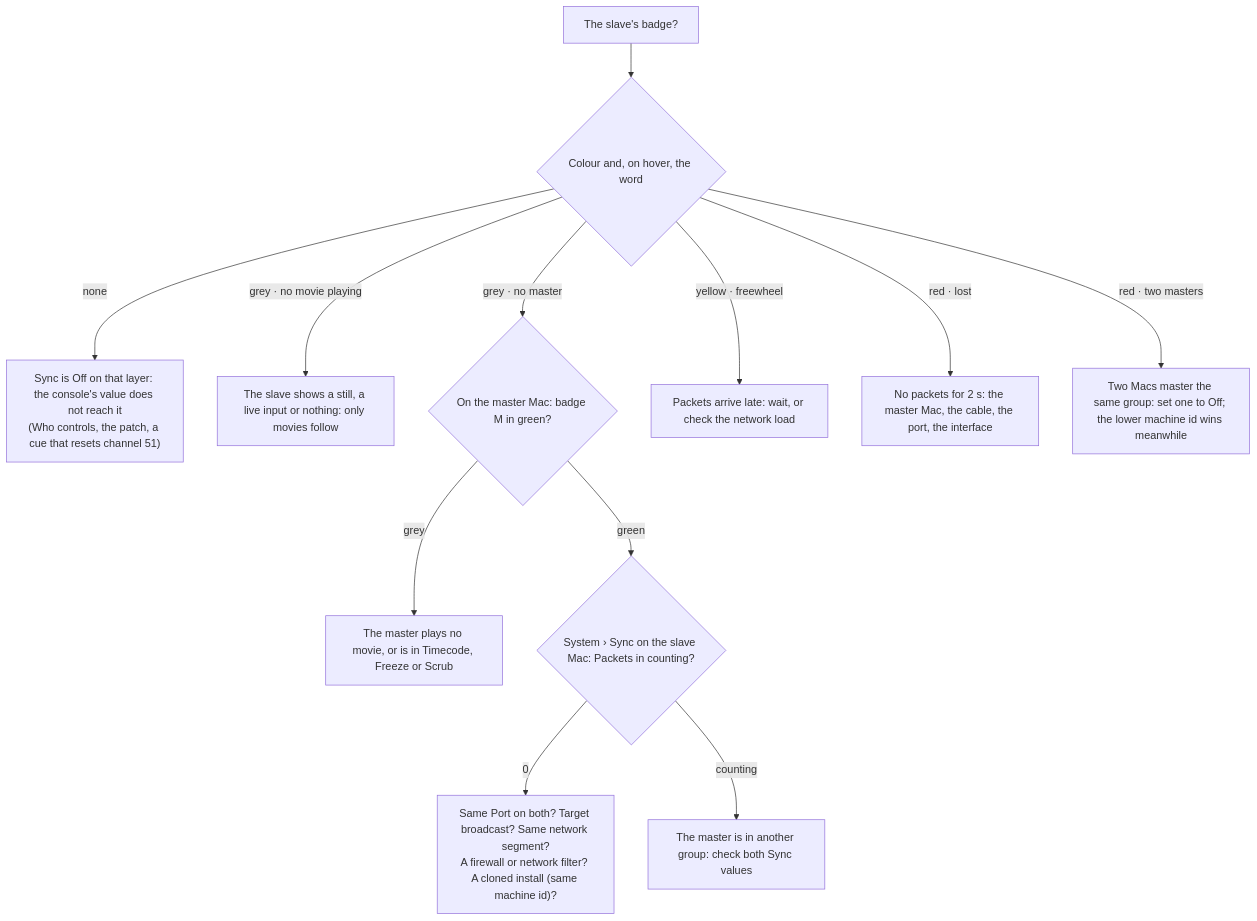
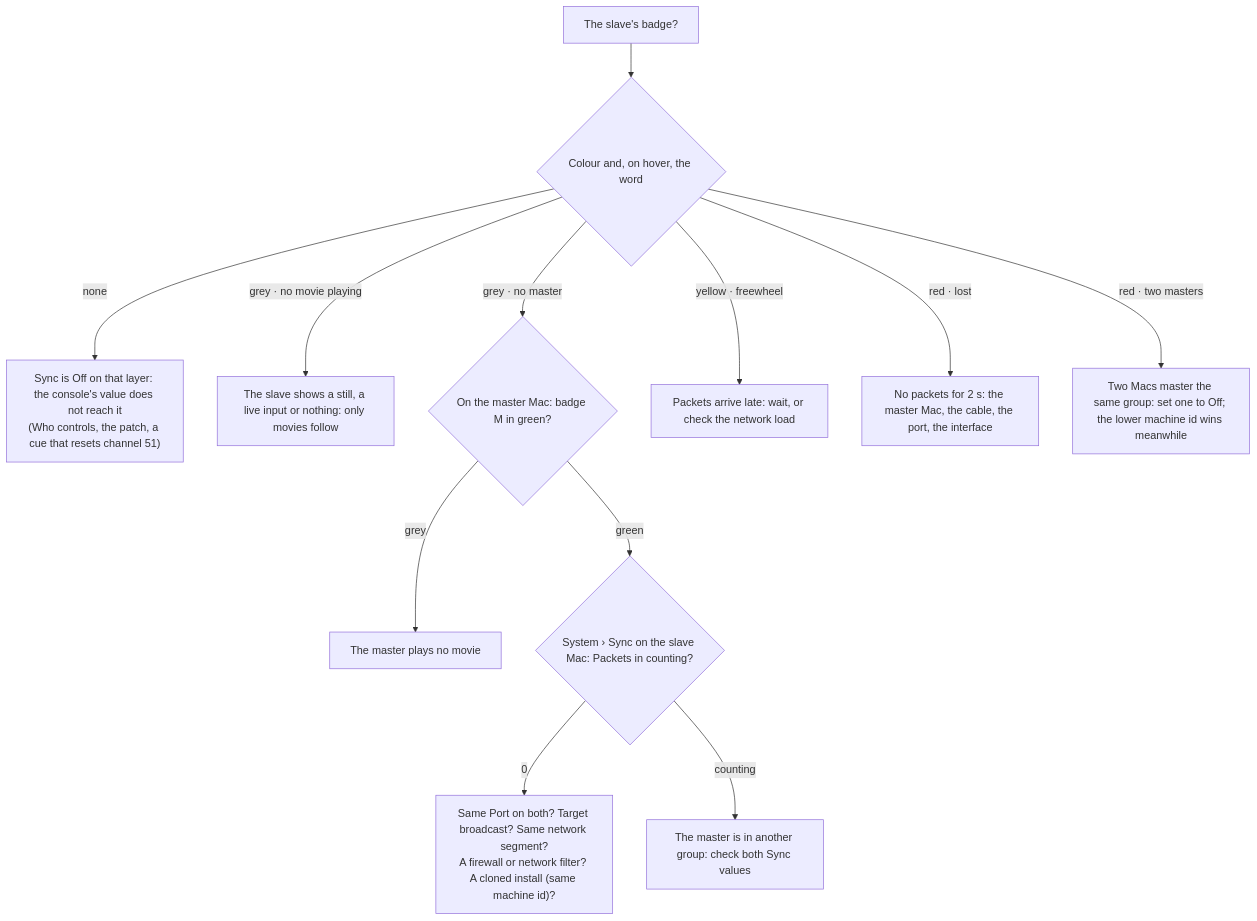
One commit to Timdebruijn/fanous changed the diagram in docs/user/multi-server.md. Above: the diagram before and after it, drawn with Mermaid. The commit also changed other lines of this file and 10 other files, not shown here.

````diff
--- a/docs/user/multi-server.md
+++ b/docs/user/multi-server.md
@@ -167,14 +168,14 @@
 ```mermaid
 flowchart TD
   start["The slave's badge?"] --> badge{"Colour and, on hover, the word"}
   badge -- "none" --> off["Sync is Off on that layer: the console's value does not reach it<br>(Who controls, the patch, a cue that resets channel 51)"]
   badge -- "grey · no movie playing" --> still["The slave shows a still, a live input or nothing: only movies follow"]
   badge -- "grey · no master" --> master{"On the master Mac: badge M in green?"}
-  master -- "grey" --> mstill["The master plays no movie, or is in Timecode, Freeze or Scrub"]
+  master -- "grey" --> mstill["The master plays no movie"]
   master -- "green" --> packets{"System › Sync on the slave Mac: Packets in counting?"}
   packets -- "0" --> net["Same Port on both? Target broadcast? Same network segment?<br>A firewall or network filter? A cloned install (same machine id)?"]
   packets -- "counting" --> group["The master is in another group: check both Sync values"]
   badge -- "yellow · freewheel" --> late["Packets arrive late: wait, or check the network load"]
   badge -- "red · lost" --> lost["No packets for 2 s: the master Mac, the cable, the port, the interface"]
   badge -- "red · two masters" --> two["Two Macs master the same group: set one to Off; the lower machine id wins meanwhile"]
 ```
````
